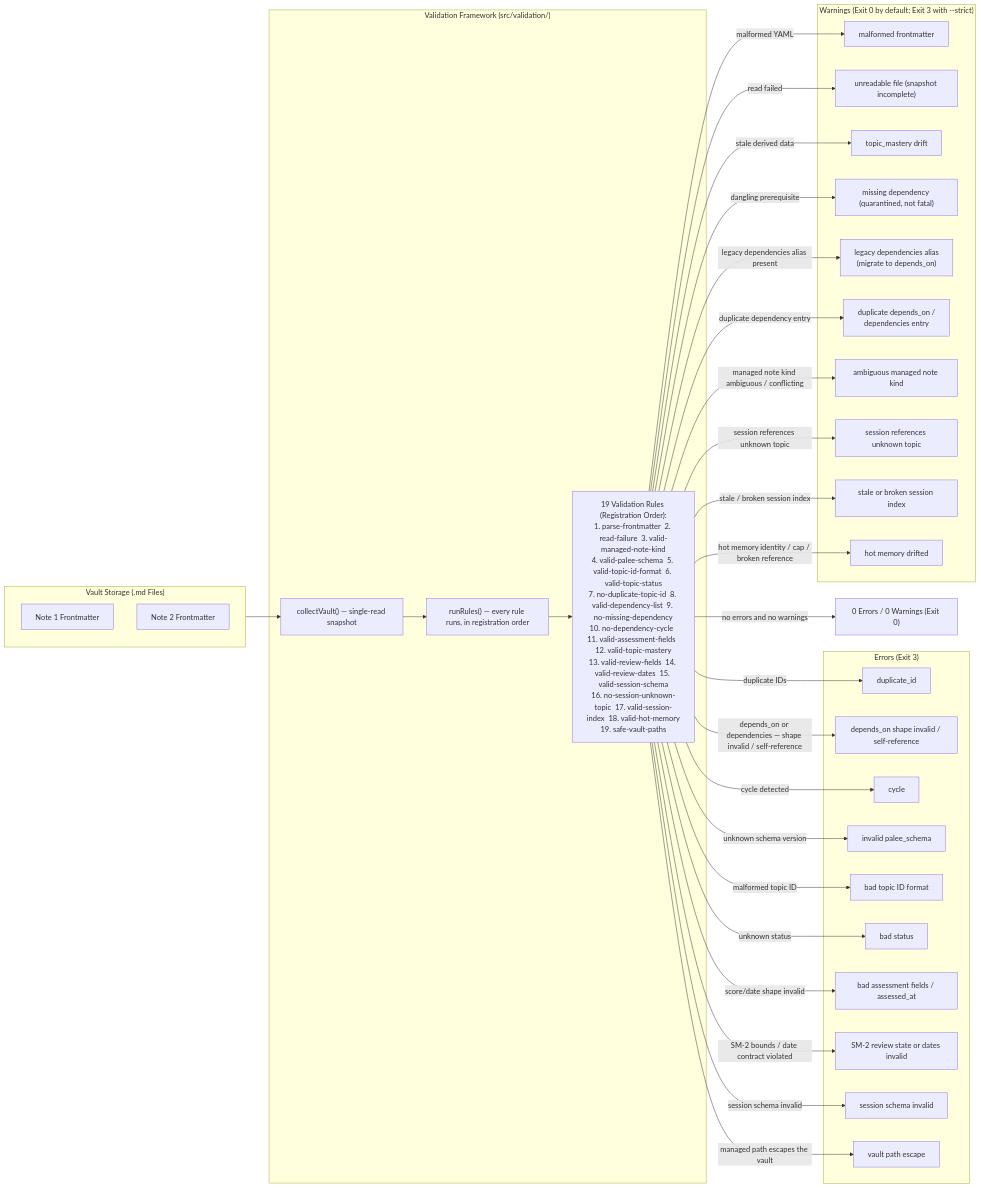
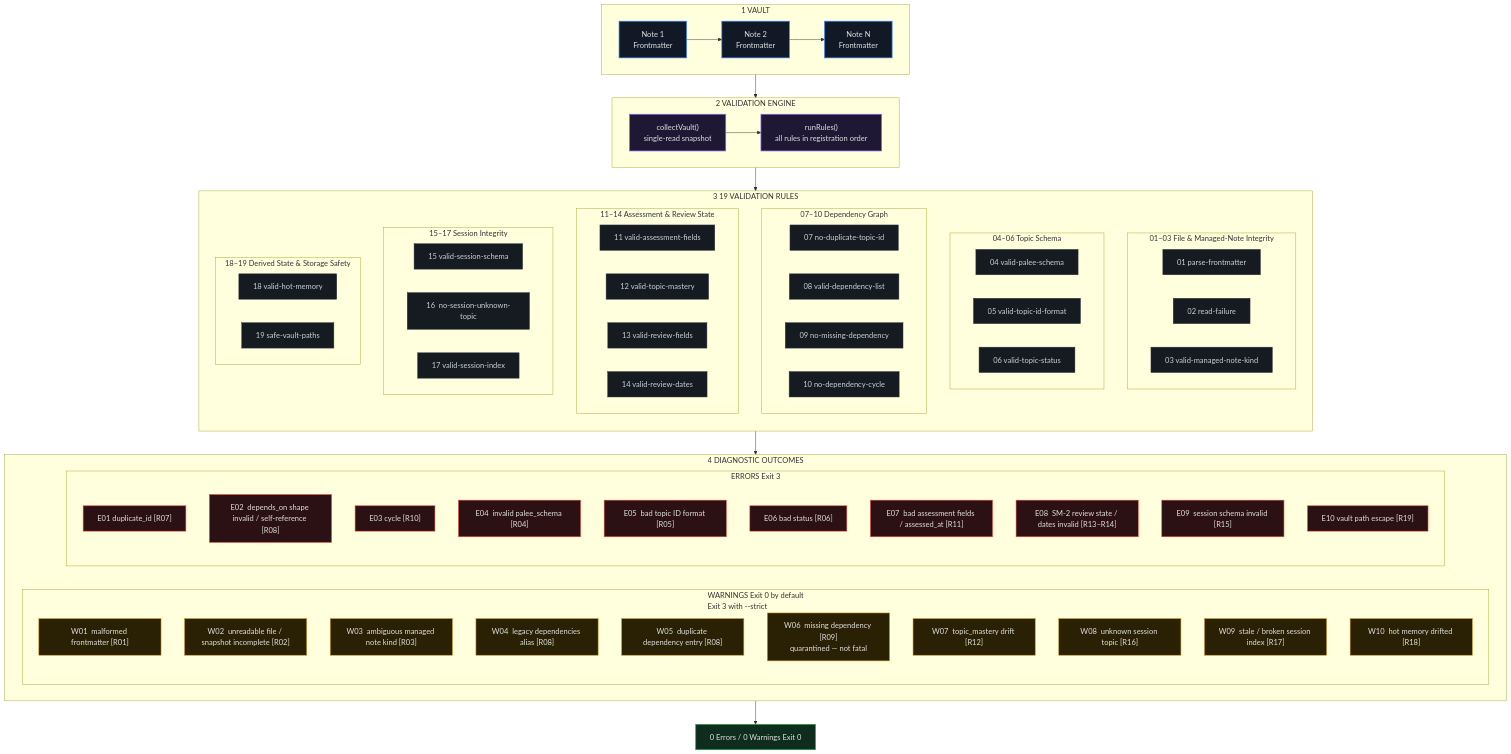
Before and after one commit to Kuldeep2822k/cli: the second of 2 diagrams in docs/02-3-reporting-commands.md, drawn with Mermaid.

Commit message:
docs: apply 6-group reference-tagged layout to Diagram 12

````diff
--- a/docs/02-3-reporting-commands.md
+++ b/docs/02-3-reporting-commands.md
@@ -214,64 +214,139 @@
 ```mermaid
-flowchart LR
-    subgraph Storage ["Vault Storage (.md Files)"]
-        FM1["Note 1 Frontmatter"]
-        FM2["Note 2 Frontmatter"]
-    end
-    
-    subgraph Analyzer ["Validation Framework (src/validation/)"]
-        Scan["collectVault() — single-read snapshot"]
-        Runner["runRules() — every rule runs, in registration order"]
-        Rules["19 Validation Rules (Registration Order):<br/>1. parse-frontmatter  2. read-failure  3. valid-managed-note-kind<br/>4. valid-palee-schema  5. valid-topic-id-format  6. valid-topic-status<br/>7. no-duplicate-topic-id  8. valid-dependency-list  9. no-missing-dependency<br/>10. no-dependency-cycle  11. valid-assessment-fields  12. valid-topic-mastery<br/>13. valid-review-fields  14. valid-review-dates  15. valid-session-schema<br/>16. no-session-unknown-topic  17. valid-session-index  18. valid-hot-memory<br/>19. safe-vault-paths"]
-    end
-    
-    subgraph Errors ["Errors (Exit 3)"]
-        ErrDup["duplicate_id"]
-        ErrDepShape["depends_on shape invalid / self-reference"]
-        ErrCyc["cycle"]
-        ErrSchema["invalid palee_schema"]
-        ErrId["bad topic ID format"]
-        ErrStatus["bad status"]
-        ErrAssess["bad assessment fields / assessed_at"]
-        ErrReview["SM-2 review state or dates invalid"]
-        ErrSession["session schema invalid"]
-        ErrPaths["vault path escape"]
+flowchart TB
+
+    %% =========================
+    %% INPUT
+    %% =========================
+    subgraph INPUT["1  VAULT"]
+        direction LR
+        FM1["Note 1<br/>Frontmatter"]
+        FM2["Note 2<br/>Frontmatter"]
+        FM3["Note N<br/>Frontmatter"]
+        FM1 --> FM2 --> FM3
     end
 
-    subgraph Warnings ["Warnings (Exit 0 by default; Exit 3 with --strict)"]
-        WarnParse["malformed frontmatter"]
-        WarnRead["unreadable file (snapshot incomplete)"]
-        WarnMastery["topic_mastery drift"]
-        WarnMiss["missing dependency (quarantined, not fatal)"]
-        WarnDepLegacy["legacy dependencies alias<br/>(migrate to depends_on)"]
-        WarnDepDup["duplicate depends_on /<br/>dependencies entry"]
-        WarnKind["ambiguous managed note kind"]
-        WarnSessionTopic["session references unknown topic"]
-        WarnIndex["stale or broken session index"]
-        WarnHot["hot memory drifted"]
+    %% =========================
+    %% ENGINE
+    %% =========================
+    subgraph ENGINE["2  VALIDATION ENGINE"]
+        direction LR
+
+        COLLECT["collectVault()<br/>single-read snapshot"]
+        RUN["runRules()<br/>all rules in registration order"]
+
+        COLLECT --> RUN
     end
-    
-    Storage --> Scan
-    Scan --> Runner
-    Runner --> Rules
-    Rules -->|"duplicate IDs"| ErrDup
-    Rules -->|"dangling prerequisite"| WarnMiss
-    Rules -->|"depends_on or dependencies — shape invalid / self-reference"| ErrDepShape
-    Rules -->|"cycle detected"| ErrCyc
-    Rules -->|"unknown schema version"| ErrSchema
-    Rules -->|"malformed topic ID"| ErrId
-    Rules -->|"unknown status"| ErrStatus
-    Rules -->|"score/date shape invalid"| ErrAssess
-    Rules -->|"SM-2 bounds / date contract violated"| ErrReview
-    Rules -->|"legacy dependencies alias present"| WarnDepLegacy
-    Rules -->|"duplicate dependency entry"| WarnDepDup
-    Rules -->|"managed note kind ambiguous / conflicting"| WarnKind
-    Rules -->|"session schema invalid"| ErrSession
-    Rules -->|"session references unknown topic"| WarnSessionTopic
-    Rules -->|"stale / broken session index"| WarnIndex
-    Rules -->|"hot memory identity / cap / broken reference"| WarnHot
-    Rules -->|"managed path escapes the vault"| ErrPaths
-    Rules -->|"malformed YAML"| WarnParse
-    Rules -->|"read failed"| WarnRead
-    Rules -->|"stale derived data"| WarnMastery
-    Rules -->|"no errors and no warnings"| Success["0 Errors / 0 Warnings (Exit 0)"]
+
+    INPUT --> COLLECT
+
+    %% =========================
+    %% RULES
+    %% =========================
+    subgraph RULES["3  19 VALIDATION RULES"]
+        direction TB
+
+        subgraph G1["01–03  File & Managed-Note Integrity"]
+            direction LR
+            R1["01  parse-frontmatter"]
+            R2["02  read-failure"]
+            R3["03  valid-managed-note-kind"]
+        end
+
+        subgraph G2["04–06  Topic Schema"]
+            direction LR
+            R4["04  valid-palee-schema"]
+            R5["05  valid-topic-id-format"]
+            R6["06  valid-topic-status"]
+        end
+
+        subgraph G3["07–10  Dependency Graph"]
+            direction LR
+            R7["07  no-duplicate-topic-id"]
+            R8["08  valid-dependency-list"]
+            R9["09  no-missing-dependency"]
+            R10["10  no-dependency-cycle"]
+        end
+
+        subgraph G4["11–14  Assessment & Review State"]
+            direction LR
+            R11["11  valid-assessment-fields"]
+            R12["12  valid-topic-mastery"]
+            R13["13  valid-review-fields"]
+            R14["14  valid-review-dates"]
+        end
+
+        subgraph G5["15–17  Session Integrity"]
+            direction LR
+            R15["15  valid-session-schema"]
+            R16["16  no-session-unknown-topic"]
+            R17["17  valid-session-index"]
+        end
+
+        subgraph G6["18–19  Derived State & Storage Safety"]
+            direction LR
+            R18["18  valid-hot-memory"]
+            R19["19  safe-vault-paths"]
+        end
+    end
+
+    RUN --> RULES
+
+    %% =========================
+    %% DIAGNOSTICS
+    %% =========================
+    subgraph OUTCOMES["4  DIAGNOSTIC OUTCOMES"]
+        direction LR
+
+        subgraph WARN["WARNINGS  Exit 0 by default<br/>Exit 3 with --strict"]
+            direction TB
+            W1["W01  malformed frontmatter [R01]"]
+            W2["W02  unreadable file / snapshot incomplete [R02]"]
+            W3["W03  ambiguous managed note kind [R03]"]
+            W4["W04  legacy dependencies alias [R08]"]
+            W5["W05  duplicate dependency entry [R08]"]
+            W6["W06  missing dependency [R09]<br/>quarantined — not fatal"]
+            W7["W07  topic_mastery drift [R12]"]
+            W8["W08  unknown session topic [R16]"]
+            W9["W09  stale / broken session index [R17]"]
+            W10["W10  hot memory drifted [R18]"]
+        end
+
+        subgraph ERR["ERRORS  Exit 3"]
+            direction TB
+            E1["E01  duplicate_id [R07]"]
+            E2["E02  depends_on shape invalid / self-reference [R08]"]
+            E3["E03  cycle [R10]"]
+            E4["E04  invalid palee_schema [R04]"]
+            E5["E05  bad topic ID format [R05]"]
+            E6["E06  bad status [R06]"]
+            E7["E07  bad assessment fields / assessed_at [R11]"]
+            E8["E08  SM-2 review state / dates invalid [R13–R14]"]
+            E9["E09  session schema invalid [R15]"]
+            E10["E10  vault path escape [R19]"]
+        end
+    end
+
+    RULES --> OUTCOMES
+
+    %% =========================
+    %% SUCCESS
+    %% =========================
+    OUTCOMES --> SUCCESS["0 Errors / 0 Warnings  Exit 0"]
+
+    %% =========================
+    %% STYLING
+    %% =========================
+    classDef input fill:#111927,stroke:#3b82f6,stroke-width:1.5px,color:#e0e0e0;
+    classDef engine fill:#1e1835,stroke:#8b5cf6,stroke-width:1.5px,color:#e0e0e0;
+    classDef rule fill:#161b22,stroke:#30363d,stroke-width:1px,color:#c9d1d9;
+    classDef warning fill:#2a2105,stroke:#d29922,stroke-width:1.2px,color:#e0e0e0;
+    classDef error fill:#2b1114,stroke:#f85149,stroke-width:1.2px,color:#e0e0e0;
+    classDef success fill:#0f2d1e,stroke:#2ea043,stroke-width:1.5px,color:#e0e0e0;
+
+    class FM1,FM2,FM3 input;
+    class COLLECT,RUN engine;
+    class R1,R2,R3,R4,R5,R6,R7,R8,R9,R10,R11,R12,R13,R14,R15,R16,R17,R18,R19 rule;
+    class W1,W2,W3,W4,W5,W6,W7,W8,W9,W10 warning;
+    class E1,E2,E3,E4,E5,E6,E7,E8,E9,E10 error;
+    class SUCCESS success;
 ```
````
